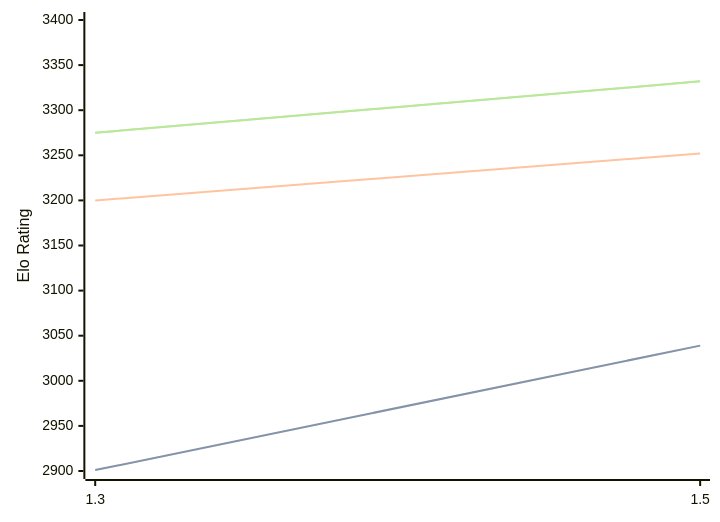
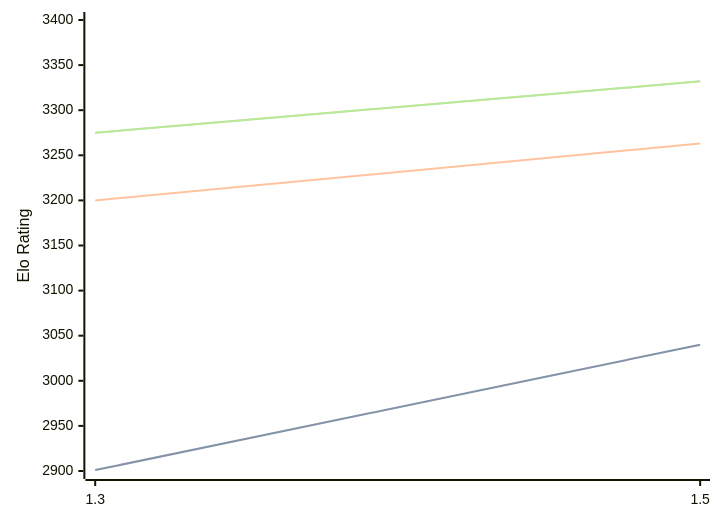
One commit to computer-chess-index/cci changed the third of 3 diagrams in engines/Lambergar.md. Above: the diagram before and after it, drawn with Mermaid. The commit also changed other lines of this file, not shown here.

````diff
--- a/engines/Lambergar.md
+++ b/engines/Lambergar.md
@@ -77,11 +77,11 @@
 ```mermaid
 %%{init: {"theme":"base","themeVariables":{"seriesColors:['#a3a3a3','#222221','#faa371']}}}%%
 xychart-beta
   x-axis ["1.3", "1.5"]
   y-axis "Elo Rating" 2900 --> 3400
-  line "STC (8.0+0.08s)" [2901, 3039]
-  line "STC (8.0+0.08s)" [2901, 3039]
-  line "LTC (60.0+0.60s)" [3200, 3252]
+  line "STC (8.0+0.08s)" [2901, 3040]
+  line "STC (8.0+0.08s)" [2901, 3040]
+  line "LTC (60.0+0.60s)" [3200, 3263]
   line "VLTC (2m24s+1.12s)" [3275, 3332]
   line "VLTC (2m24s+1.12s)" [3275, 3332]
 ```
````
